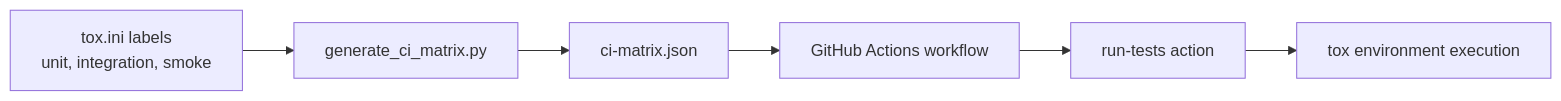
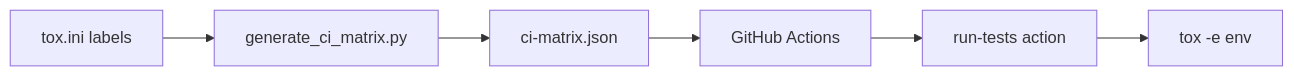
The second of 3 diagrams in docs/tox-and-dependency-matrix.md (elkin/shardyfusion), drawn with Mermaid before and after one commit. The commit also changed other lines of this file and 1 other file, not shown here.

````diff
--- a/docs/tox-and-dependency-matrix.md
+++ b/docs/tox-and-dependency-matrix.md
@@ -187,8 +213,8 @@
 ```mermaid
 flowchart LR
-    Tox["tox.ini labels<br/>unit, integration, smoke"] --> Script["generate_ci_matrix.py"]
-    Script --> Json["ci-matrix.json"]
-    Json --> Workflow["GitHub Actions workflow"]
-    Workflow --> Action["run-tests action"]
-    Action --> Run["tox environment execution"]
+    Tox[tox.ini labels] --> Script[generate_ci_matrix.py]
+    Script --> Json[ci-matrix.json]
+    Json --> Workflow[GitHub Actions]
+    Workflow --> Job[run-tests action]
+    Job --> Run[tox -e env]
 ```
````
